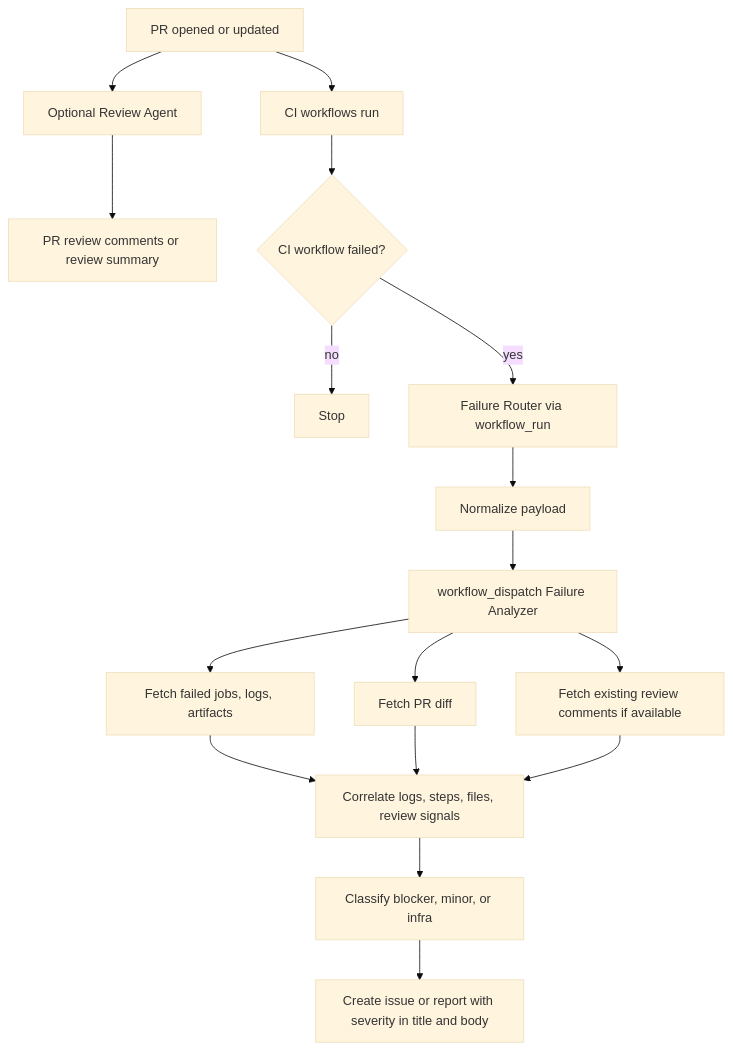
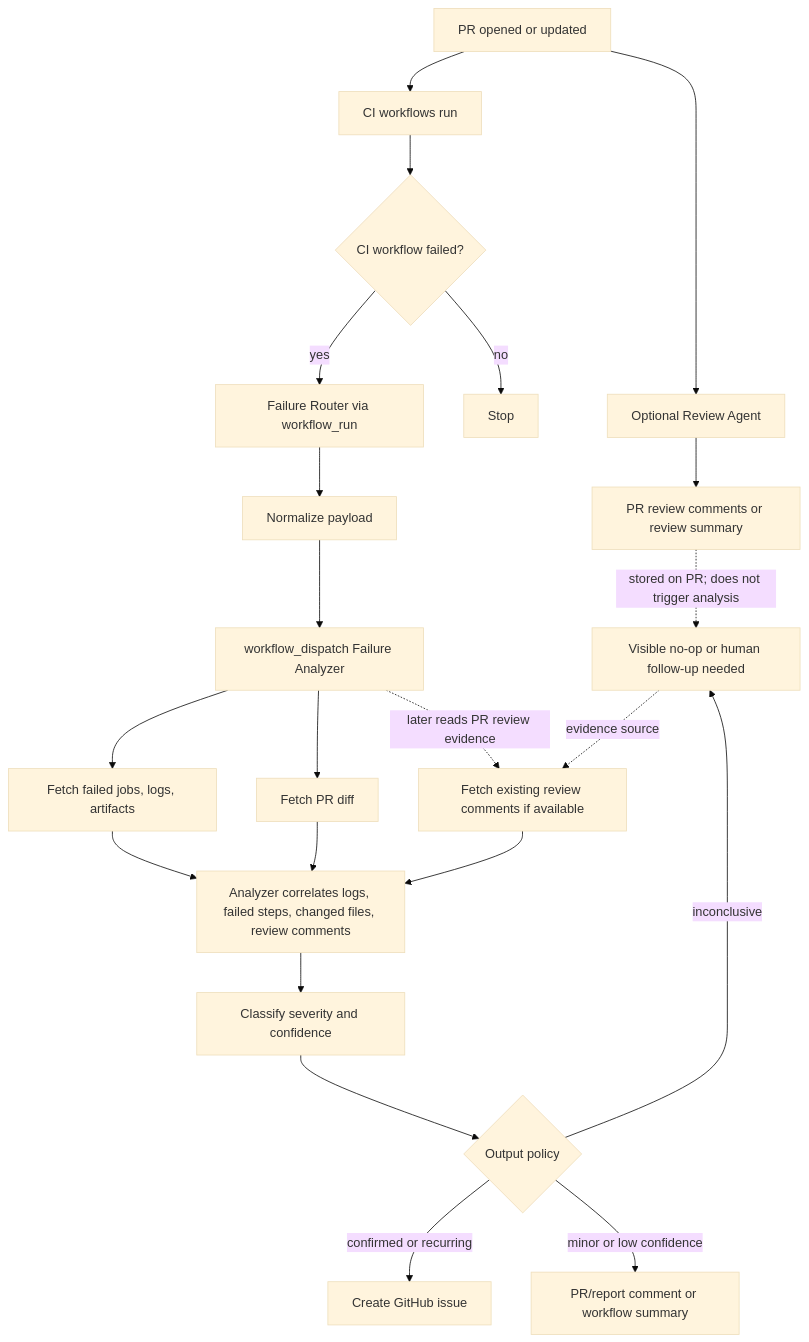
Before and after one commit to Amitro1234/vibe-coding-agents-workflow: the first of 2 diagrams in README.md, drawn with Mermaid (base theme). The commit also changed other lines of this file and 2 other files, not shown here.

Commit message:
docs(template): finalize generic CI failure analysis policy

````diff
--- a/README.md
+++ b/README.md
@@ -26,19 +27,24 @@
 ```mermaid
 flowchart TD
     A[PR opened or updated] --> B[Optional Review Agent]
+    A --> D[CI workflows run]
     B --> C[PR review comments or review summary]
-    A --> D[CI workflows run]
+    C -. stored on PR; does not trigger analysis .-> R[PR review evidence]
     D --> E{CI workflow failed?}
     E -- no --> F[Stop]
     E -- yes --> G[Failure Router via workflow_run]
     G --> H[Normalize payload]
     H --> I[workflow_dispatch Failure Analyzer]
     I --> J[Fetch failed jobs, logs, artifacts]
     I --> K[Fetch PR diff]
-    I --> L[Fetch existing review comments if available]
-    J --> M[Correlate logs, steps, files, review signals]
+    I -. later reads PR review evidence .-> L[Fetch existing review comments if available]
+    R -. evidence source .-> L
+    J --> M[Analyzer correlates logs, failed steps, changed files, review comments]
     K --> M
     L --> M
-    M --> N[Classify blocker, minor, or infra]
-    N --> O[Create issue or report with severity in title and body]
+    M --> N[Classify severity and confidence]
+    N --> O{Output policy}
+    O -- confirmed or recurring --> P[Create GitHub issue]
+    O -- minor or low confidence --> Q[PR/report comment or workflow summary]
+    O -- inconclusive --> R[Visible no-op or human follow-up needed]
 ```
````
